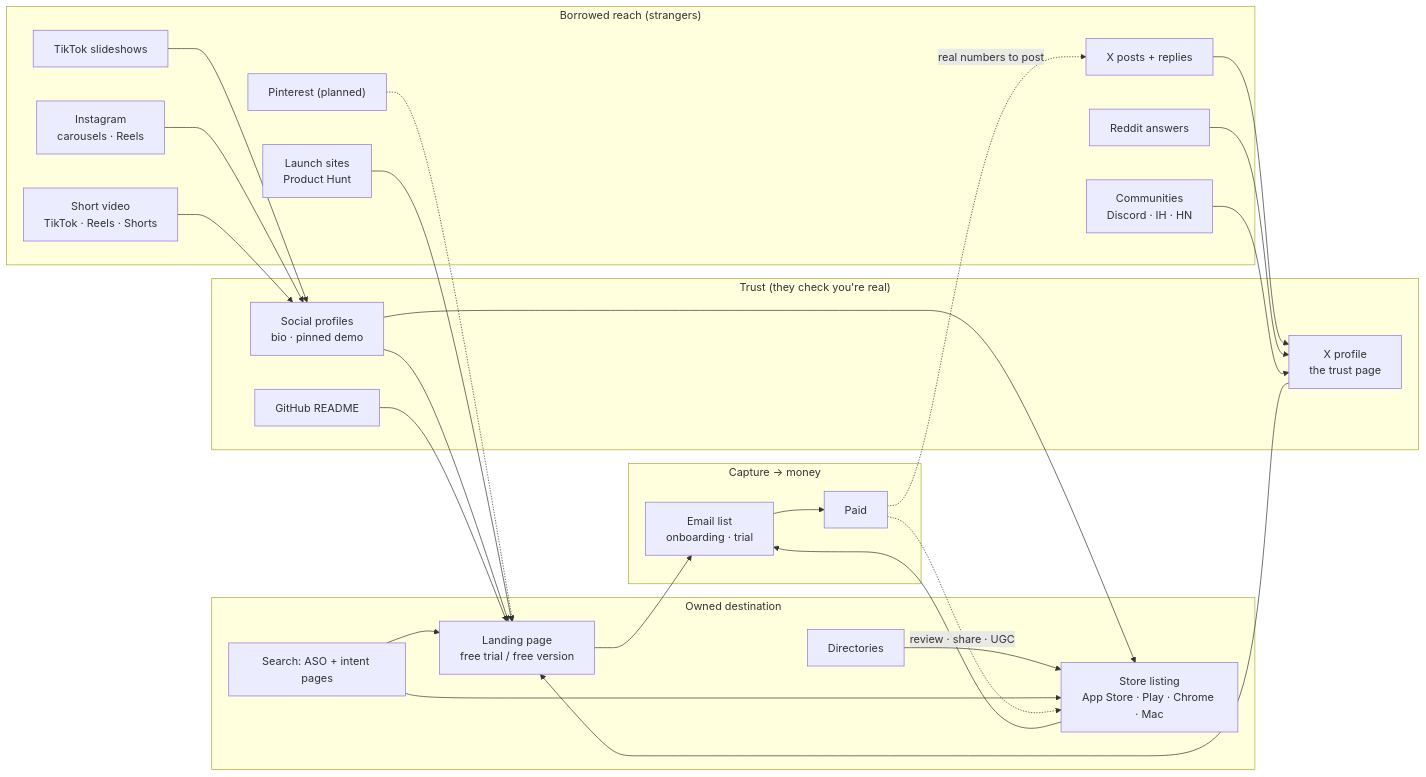
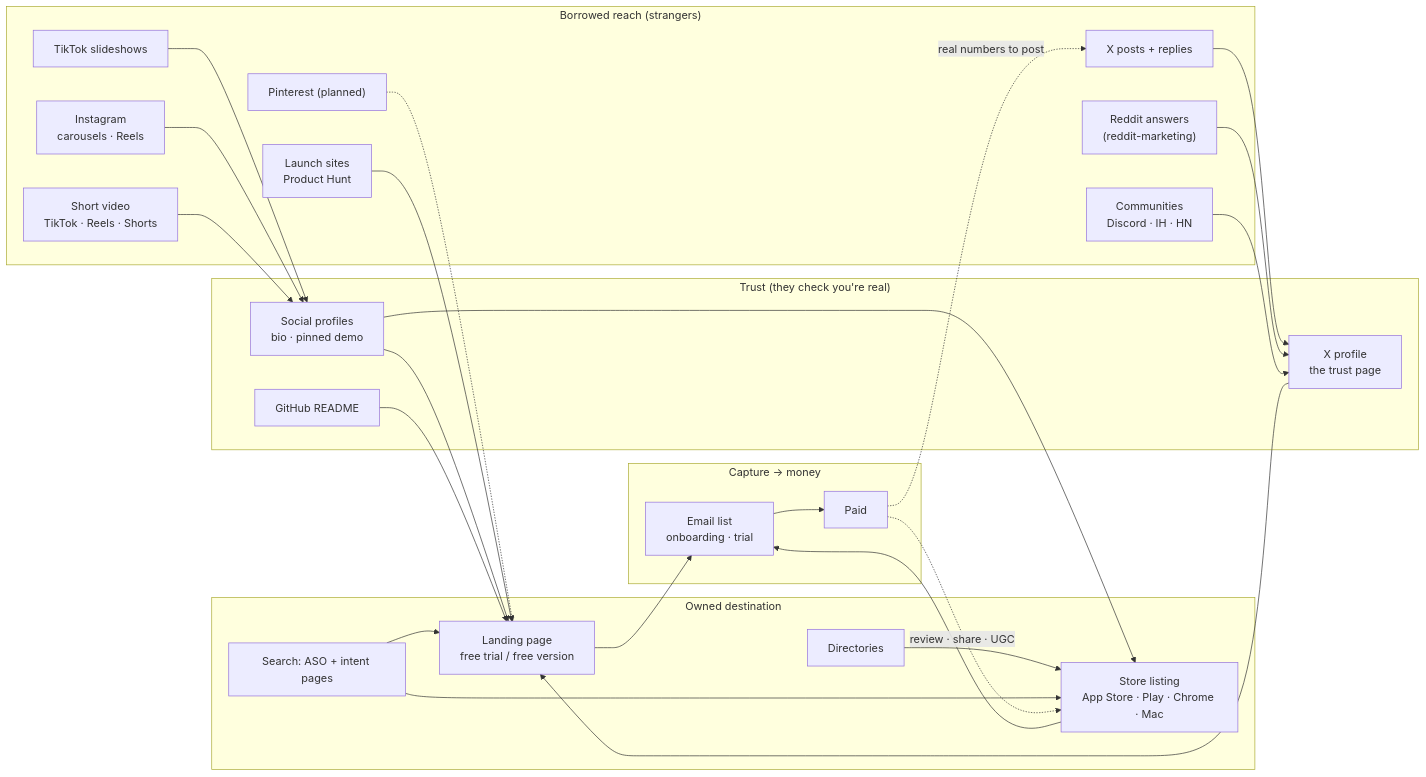
One commit to OneClickTool/product-growth-playbook changed the first of 3 diagrams in marketing/README-marketing-social.md. Above: the diagram before and after it, drawn with Mermaid. The commit also changed other lines of this file and 25 other files, not shown here.

First line of the commit message:
docs(marketing): add reddit marketing kit with /social-reddit, answers skill and site menu

````diff
--- a/marketing/README-marketing-social.md
+++ b/marketing/README-marketing-social.md
@@ -28,48 +29,48 @@
 ```mermaid
 flowchart LR
     subgraph REACH["Borrowed reach (strangers)"]
         TT["TikTok slideshows"]
         IG["Instagram<br/>carousels · Reels"]
         X["X posts + replies"]
         SV["Short video<br/>TikTok · Reels · Shorts"]
-        RD["Reddit answers"]
+        RD["Reddit answers<br/>(reddit-marketing)"]
         CM["Communities<br/>Discord · IH · HN"]
         PH["Launch sites<br/>Product Hunt"]
         PI["Pinterest (planned)"]
     end
     subgraph TRUST["Trust (they check you're real)"]
         PR["Social profiles<br/>bio · pinned demo"]
         XP["X profile<br/>the trust page"]
         GH["GitHub README"]
     end
     subgraph OWN["Owned destination"]
         LP["Landing page<br/>free trial / free version"]
         ST["Store listing<br/>App Store · Play · Chrome · Mac"]
         DIR["Directories"]
         SEO["Search: ASO + intent pages"]
     end
     subgraph MONEY["Capture → money"]
         EM["Email list<br/>onboarding · trial"]
         PAY["Paid"]
     end
     TT --> PR
     IG --> PR
     SV --> PR
     PI -.-> LP
     X --> XP
     RD --> XP
     CM --> XP
     PR --> LP
     PR --> ST
     XP --> LP
     GH --> LP
     PH --> LP
     DIR --> ST
     SEO --> ST
     SEO --> LP
     LP --> EM
     ST --> EM
     EM --> PAY
     PAY -. "review · share · UGC" .-> ST
     PAY -. "real numbers to post" .-> X
 ```
````
